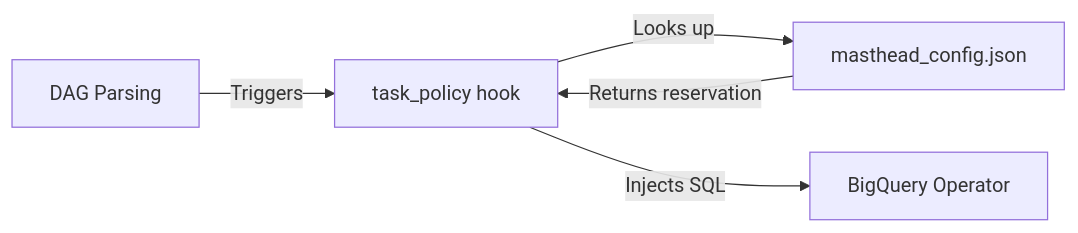
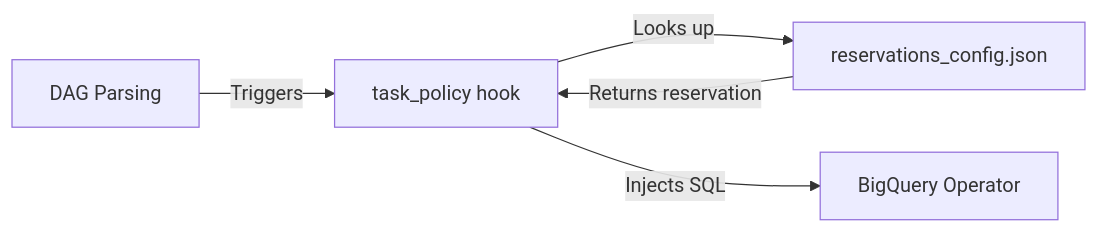
The diagram in README.md (masthead-data/airflow-reservations), drawn with Mermaid before and after one commit. The commit also changed other lines of this file and 7 other files, not shown here.

Commit message:
refactor: Rename config file to `reservations_config.json`, update environment variable to `RESERVATIONS_CONFIG_PATH`, and add a `setup` make target.

````diff
--- a/README.md
+++ b/README.md
@@ -116,7 +123,7 @@
 ```mermaid
 flowchart LR
     A[DAG Parsing] -->|Triggers| B[task_policy hook]
-    B -->|Looks up| C[masthead_config.json]
+    B -->|Looks up| C[reservations_config.json]
     C -->|Returns reservation| B
     B -->|Injects SQL| D[BigQuery Operator]
 ```
````
